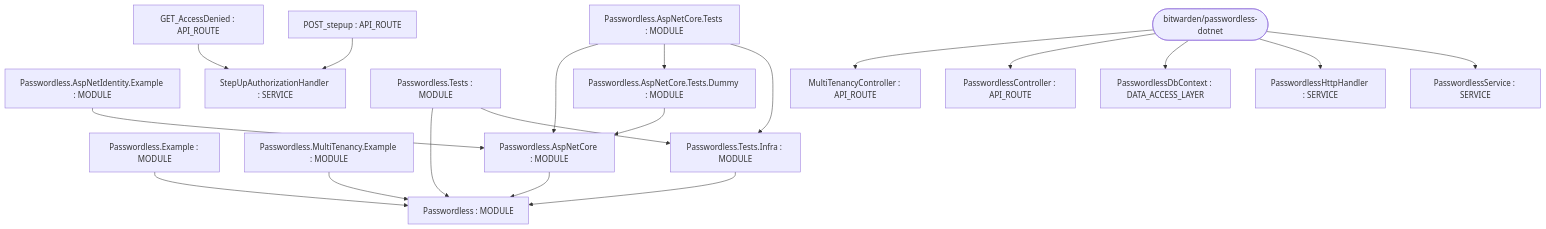
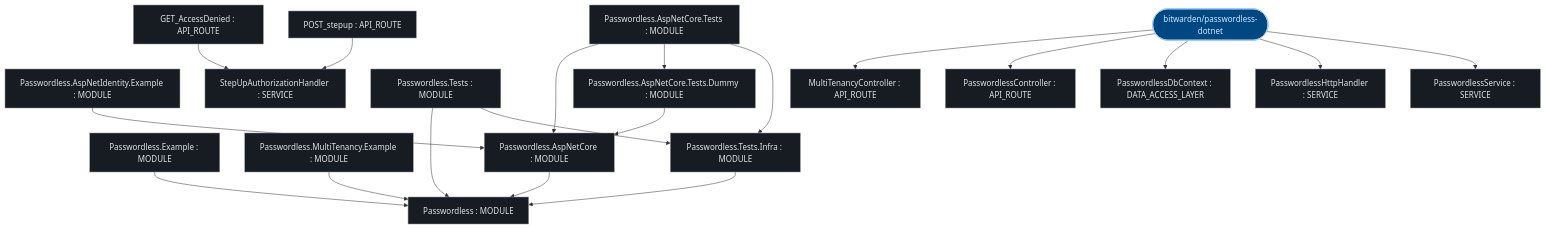
One commit to kumarshaz/atruss-code-atlas changed the first of 2 diagrams in exports/latest/reports/bitwarden-passwordless-dotnet-report.md. Above: the diagram before and after it, drawn with Mermaid. The commit also changed other lines of this file and 331 other files, not shown here.

Commit message:
docs,ui,fix: update SDLC docs, reorder CI/CD DAG first, stylize Mermaid, and fix Arc42 pipeline topology

````diff
--- a/exports/latest/reports/bitwarden-passwordless-dotnet-report.md
+++ b/exports/latest/reports/bitwarden-passwordless-dotnet-report.md
@@ -42,39 +42,46 @@
 ```mermaid
 graph TD;
-    Passwordless_AspNetIdentity_Example["Passwordless.AspNetIdentity.Example : MODULE"]
-    Passwordless_Example["Passwordless.Example : MODULE"]
-    Passwordless_MultiTenancy_Example["Passwordless.MultiTenancy.Example : MODULE"]
-    Passwordless["Passwordless : MODULE"]
-    Passwordless_AspNetCore["Passwordless.AspNetCore : MODULE"]
-    Passwordless_AspNetCore_Tests["Passwordless.AspNetCore.Tests : MODULE"]
-    Passwordless_AspNetCore_Tests_Dummy["Passwordless.AspNetCore.Tests.Dummy : MODULE"]
-    Passwordless_Tests["Passwordless.Tests : MODULE"]
-    Passwordless_Tests_Infra["Passwordless.Tests.Infra : MODULE"]
-    GET_AccessDenied["GET_AccessDenied : API_ROUTE"]
-    POST_stepup["POST_stepup : API_ROUTE"]
-    StepUpAuthorizationHandler["StepUpAuthorizationHandler : SERVICE"]
-    PasswordlessController["PasswordlessController : API_ROUTE"]
-    MultiTenancyController["MultiTenancyController : API_ROUTE"]
-    PasswordlessHttpHandler["PasswordlessHttpHandler : SERVICE"]
-    PasswordlessService["PasswordlessService : SERVICE"]
-    PasswordlessDbContext["PasswordlessDbContext : DATA_ACCESS_LAYER"]
-    repo_root(["bitwarden/passwordless-dotnet"])
+  classDef atlasRoot fill:#004882,stroke:#a3c9ff,stroke-width:2px,color:#d3e4ff
+  classDef atlasCategory fill:#212428,stroke:#E87A48,stroke-width:1.5px,color:#dfe3eb
+  classDef atlasWorkflow fill:#1b2026,stroke:#a3c9ff,stroke-width:1.5px,color:#dfe3eb
+  classDef atlasJob fill:#171c22,stroke:#8d9199,stroke-width:1px,color:#dfe3eb
+  classDef atlasTarget fill:#005227,stroke:#8bd99b,stroke-width:1.5px,color:#a7f6b6
+  classDef atlasAlert fill:#93000a,stroke:#ffb4ab,stroke-width:1.5px,color:#ffdad6
+  classDef atlasMore fill:#252a31,stroke:#8d9199,stroke-dasharray:4 4,color:#c3c6cf
+    Passwordless_AspNetIdentity_Example["Passwordless.AspNetIdentity.Example : MODULE"]:::atlasJob
+    Passwordless_Example["Passwordless.Example : MODULE"]:::atlasJob
+    Passwordless_MultiTenancy_Example["Passwordless.MultiTenancy.Example : MODULE"]:::atlasJob
+    Passwordless["Passwordless : MODULE"]:::atlasJob
+    Passwordless_AspNetCore["Passwordless.AspNetCore : MODULE"]:::atlasJob
+    Passwordless_AspNetCore_Tests["Passwordless.AspNetCore.Tests : MODULE"]:::atlasJob
+    Passwordless_AspNetCore_Tests_Dummy["Passwordless.AspNetCore.Tests.Dummy : MODULE"]:::atlasJob
+    Passwordless_Tests["Passwordless.Tests : MODULE"]:::atlasJob
+    Passwordless_Tests_Infra["Passwordless.Tests.Infra : MODULE"]:::atlasJob
+    GET_AccessDenied["GET_AccessDenied : API_ROUTE"]:::atlasJob
+    POST_stepup["POST_stepup : API_ROUTE"]:::atlasJob
+    StepUpAuthorizationHandler["StepUpAuthorizationHandler : SERVICE"]:::atlasJob
+    PasswordlessController["PasswordlessController : API_ROUTE"]:::atlasJob
+    MultiTenancyController["MultiTenancyController : API_ROUTE"]:::atlasJob
+    PasswordlessHttpHandler["PasswordlessHttpHandler : SERVICE"]:::atlasJob
+    PasswordlessService["PasswordlessService : SERVICE"]:::atlasJob
+    PasswordlessDbContext["PasswordlessDbContext : DATA_ACCESS_LAYER"]:::atlasJob
+    repo_root(["bitwarden/passwordless-dotnet"]):::atlasRoot
     repo_root --> MultiTenancyController
     repo_root --> PasswordlessController
     repo_root --> PasswordlessDbContext
     repo_root --> PasswordlessHttpHandler
     repo_root --> PasswordlessService
     GET_AccessDenied --> StepUpAuthorizationHandler
     POST_stepup --> StepUpAuthorizationHandler
     Passwordless_AspNetCore --> Passwordless
     Passwordless_AspNetCore_Tests --> Passwordless_AspNetCore
     Passwordless_AspNetCore_Tests --> Passwordless_AspNetCore_Tests_Dummy
     Passwordless_AspNetCore_Tests --> Passwordless_Tests_Infra
     Passwordless_AspNetCore_Tests_Dummy --> Passwordless_AspNetCore
     Passwordless_AspNetIdentity_Example --> Passwordless_AspNetCore
     Passwordless_Example --> Passwordless
     Passwordless_MultiTenancy_Example --> Passwordless
     Passwordless_Tests --> Passwordless
     Passwordless_Tests --> Passwordless_Tests_Infra
     Passwordless_Tests_Infra --> Passwordless
 ```
````
